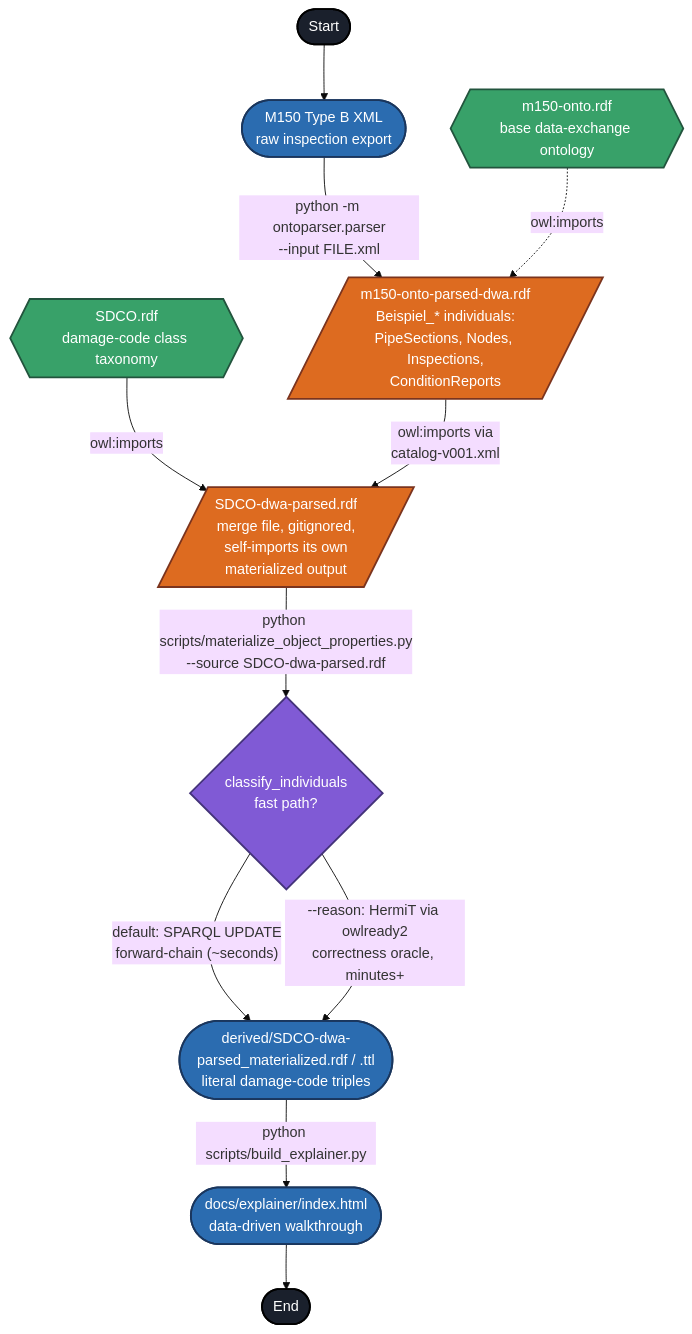
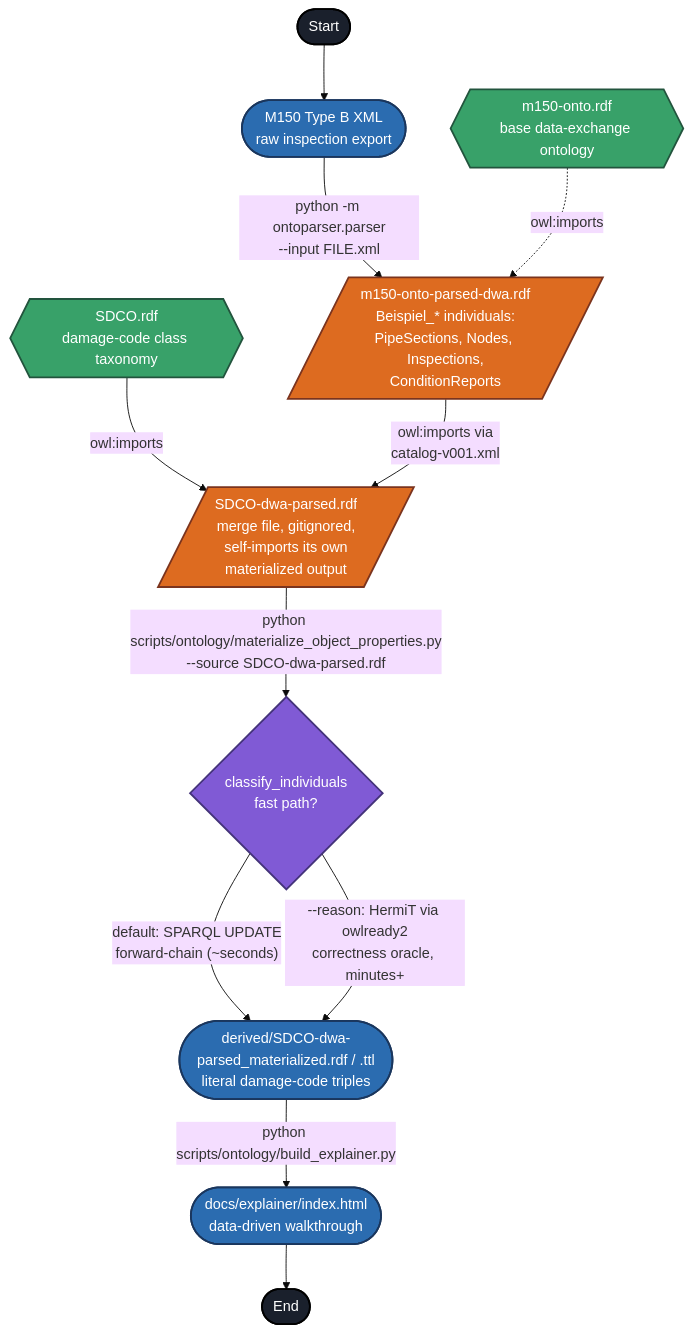
One commit to l-jamora/sdco changed the diagram in README.md. Above: the diagram before and after it, drawn with Mermaid (base theme). The commit also changed other lines of this file and 17 other files, not shown here.

Commit message:
chore(scripts): Categorize scripts/ into ontology/ and benchmark/ subdirs, add scripts/README.md

````diff
--- a/README.md
+++ b/README.md
@@ -53,21 +53,21 @@
 ```mermaid
 flowchart TD
     Start(["Start"]):::terminal --> A(["M150 Type B XML\nraw inspection export"]):::io -->|"python -m ontoparser.parser\n--input FILE.xml"| B[/"m150-onto-parsed-dwa.rdf\nBeispiel_* individuals:\nPipeSections, Nodes, Inspections,\nConditionReports"/]:::data
 
     C{{"m150-onto.rdf\nbase data-exchange ontology"}}:::ontology -.owl:imports.-> B
     D{{"SDCO.rdf\ndamage-code class taxonomy"}}:::ontology -->|"owl:imports"| E
 
     B -->|"owl:imports via\ncatalog-v001.xml"| E[/"SDCO-dwa-parsed.rdf\nmerge file, gitignored,\nself-imports its own\nmaterialized output"/]:::data
 
-    E -->|"python scripts/materialize_object_properties.py\n--source SDCO-dwa-parsed.rdf"| F{"classify_individuals\nfast path?"}:::process
+    E -->|"python scripts/ontology/materialize_object_properties.py\n--source SDCO-dwa-parsed.rdf"| F{"classify_individuals\nfast path?"}:::process
     F -->|"default: SPARQL UPDATE\nforward-chain (~seconds)"| G
     F -->|"--reason: HermiT via owlready2\ncorrectness oracle, minutes+"| G
 
-    G(["derived/SDCO-dwa-parsed_materialized.rdf / .ttl\nliteral damage-code triples"]):::io -->|"python scripts/build_explainer.py"| H(["docs/explainer/index.html\ndata-driven walkthrough"]):::io --> End(["End"]):::terminal
+    G(["derived/SDCO-dwa-parsed_materialized.rdf / .ttl\nliteral damage-code triples"]):::io -->|"python scripts/ontology/build_explainer.py"| H(["docs/explainer/index.html\ndata-driven walkthrough"]):::io --> End(["End"]):::terminal
 
     classDef io fill:#2b6cb0,stroke:#1a365d,stroke-width:2px,color:#fff
     classDef data fill:#dd6b20,stroke:#7b341e,stroke-width:2px,color:#fff
     classDef ontology fill:#38a169,stroke:#22543d,stroke-width:2px,color:#fff
     classDef process fill:#805ad5,stroke:#44337a,stroke-width:2px,color:#fff
     classDef terminal fill:#1a202c,stroke:#000,stroke-width:2px,color:#fff
 ```
````
